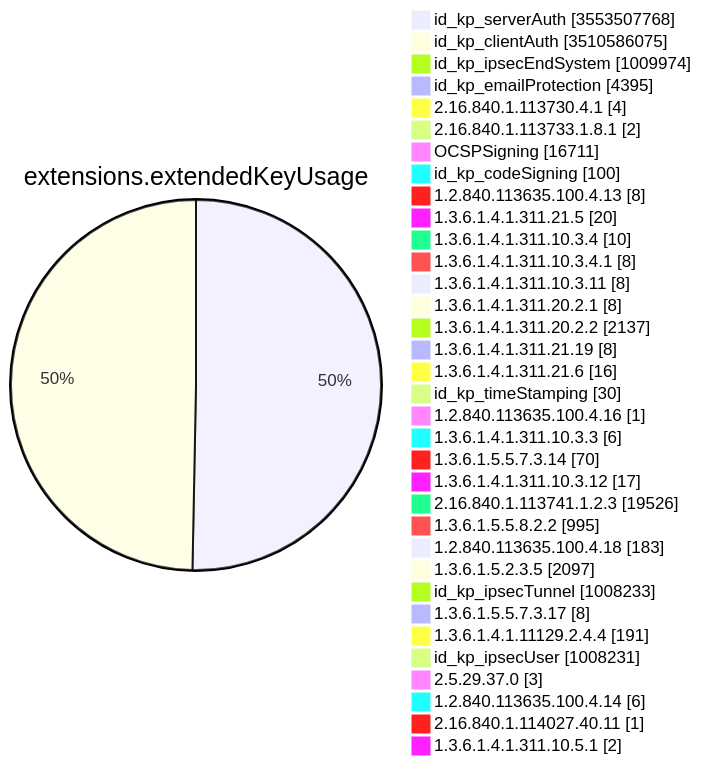
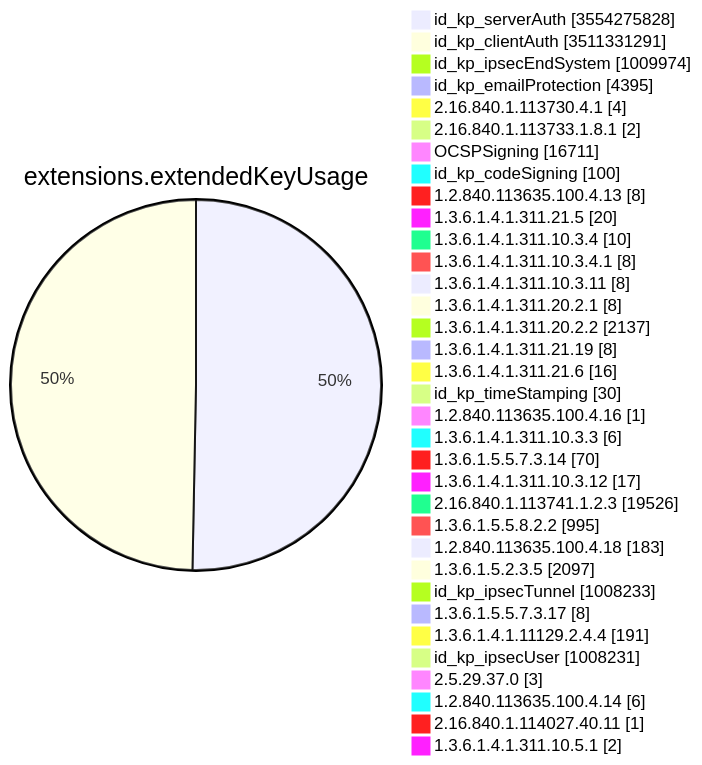
Before and after one commit to christiankrug/ctmonitor_visualization: diagram 11 of 15 in TOTAL/README.md, drawn with Mermaid. The commit also changed other lines of this file, not shown here.

````diff
--- a/TOTAL/README.md
+++ b/TOTAL/README.md
@@ -4127,38 +4128,38 @@
 ```mermaid
 pie showData
 title extensions.extendedKeyUsage
-"id_kp_serverAuth" :3553507768
-"id_kp_clientAuth" :3510586075
+"id_kp_serverAuth" :3554275828
+"id_kp_clientAuth" :3511331291
 "id_kp_ipsecEndSystem" :1009974
 "id_kp_emailProtection" :4395
 "2.16.840.1.113730.4.1" :4
 "2.16.840.1.113733.1.8.1" :2
 "OCSPSigning" :16711
 "id_kp_codeSigning" :100
 "1.2.840.113635.100.4.13" :8
 "1.3.6.1.4.1.311.21.5" :20
 "1.3.6.1.4.1.311.10.3.4" :10
 "1.3.6.1.4.1.311.10.3.4.1" :8
 "1.3.6.1.4.1.311.10.3.11" :8
 "1.3.6.1.4.1.311.20.2.1" :8
 "1.3.6.1.4.1.311.20.2.2" :2137
 "1.3.6.1.4.1.311.21.19" :8
 "1.3.6.1.4.1.311.21.6" :16
 "id_kp_timeStamping" :30
 "1.2.840.113635.100.4.16" :1
 "1.3.6.1.4.1.311.10.3.3" :6
 "1.3.6.1.5.5.7.3.14" :70
 "1.3.6.1.4.1.311.10.3.12" :17
 "2.16.840.1.113741.1.2.3" :19526
 "1.3.6.1.5.5.8.2.2" :995
 "1.2.840.113635.100.4.18" :183
 "1.3.6.1.5.2.3.5" :2097
 "id_kp_ipsecTunnel" :1008233
 "1.3.6.1.5.5.7.3.17" :8
 "1.3.6.1.4.1.11129.2.4.4" :191
 "id_kp_ipsecUser" :1008231
 "2.5.29.37.0" :3
 "1.2.840.113635.100.4.14" :6
 "2.16.840.1.114027.40.11" :1
 "1.3.6.1.4.1.311.10.5.1" :2
 ```
````
